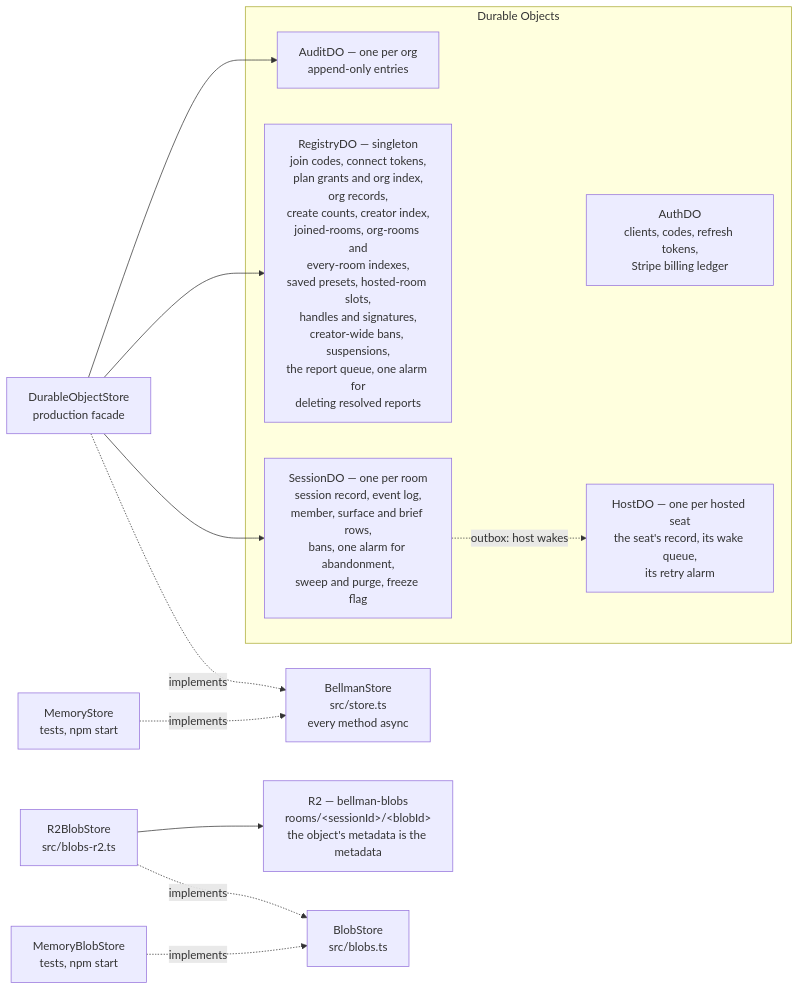
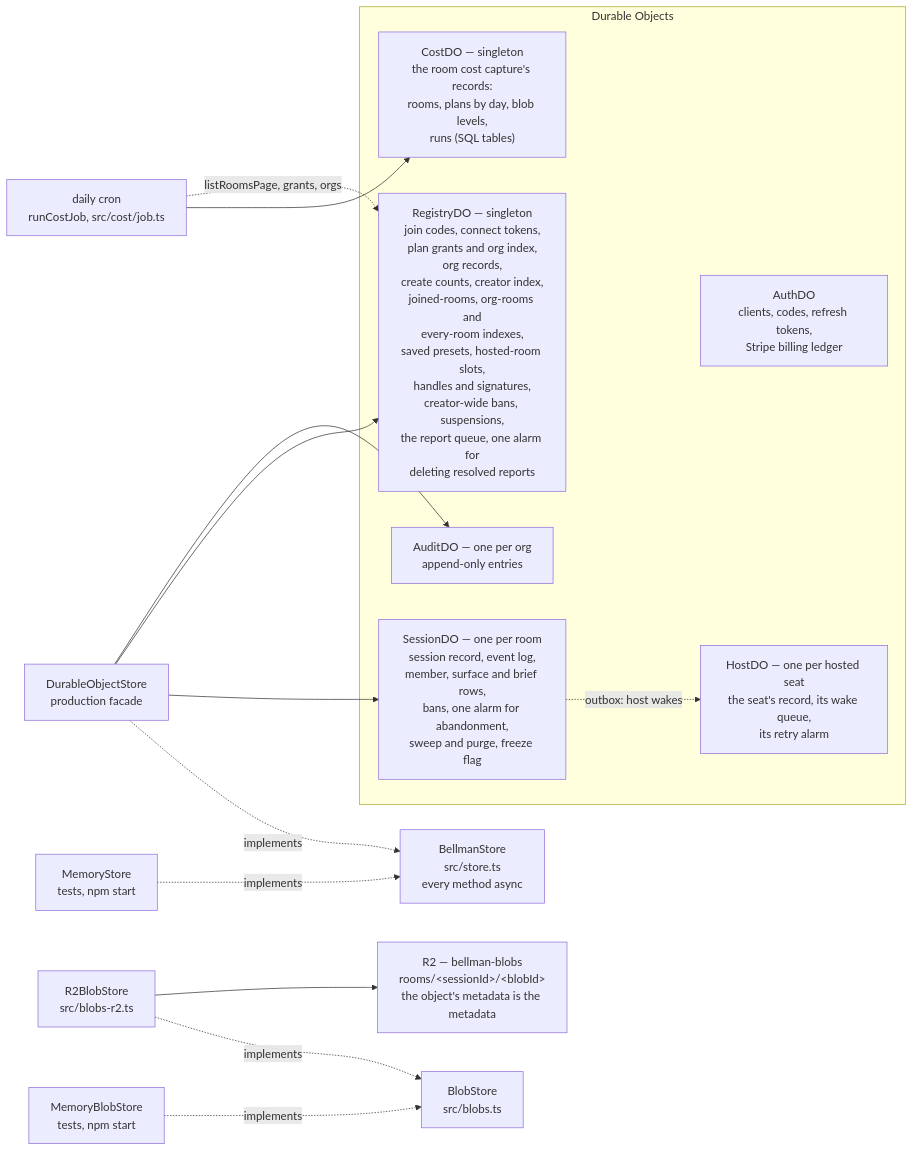
Before and after one commit to bellman-sh/bellman: the fourth of 7 diagrams in docs/ARCHITECTURE.md, drawn with Mermaid. The commit also changed other lines of this file and 24 other files, not shown here.

Commit message:
Room cost capture, step 2a (#473): a daily cron records each room's object ids, each creator's plan raw through planOf, each org's seats and standing, and blob bytes per room into a new CostDO; it wakes no room, and each half fails alone

````diff
--- a/docs/ARCHITECTURE.md
+++ b/docs/ARCHITECTURE.md
@@ -603,26 +603,30 @@
 ```mermaid
 flowchart LR
     BS["BellmanStore<br/>src/store.ts<br/>every method async"]
     MEM["MemoryStore<br/>tests, npm start"] -.implements.-> BS
     DOS["DurableObjectStore<br/>production facade"] -.implements.-> BS
 
     DOS --> SDO
     DOS --> RDO
     DOS --> ADO
 
     subgraph objects["Durable Objects"]
         SDO["SessionDO — one per room<br/>session record, event log,<br/>member, surface and brief rows,<br/>bans, one alarm for abandonment,<br/>sweep and purge, freeze flag"]
         RDO["RegistryDO — singleton<br/>join codes, connect tokens,<br/>plan grants and org index,<br/>org records,<br/>create counts, creator index,<br/>joined-rooms, org-rooms and<br/>every-room indexes,<br/>saved presets, hosted-room slots,<br/>handles and signatures,<br/>creator-wide bans, suspensions,<br/>the report queue, one alarm for<br/>deleting resolved reports"]
         ADO["AuditDO — one per org<br/>append-only entries"]
         AUTH["AuthDO<br/>clients, codes, refresh tokens,<br/>Stripe billing ledger"]
         HDO["HostDO — one per hosted seat<br/>the seat's record, its wake queue,<br/>its retry alarm"]
+        CDO["CostDO — singleton<br/>the room cost capture's records:<br/>rooms, plans by day, blob levels,<br/>runs (SQL tables)"]
     end
+
+    CRON["daily cron<br/>runCostJob, src/cost/job.ts"] --> CDO
+    CRON -.->|"listRoomsPage, grants, orgs"| RDO
 
     SDO -.->|"outbox: host wakes"| HDO
 
     BLOB["BlobStore<br/>src/blobs.ts"]
     R2["R2 — bellman-blobs<br/>rooms/&lt;sessionId&gt;/&lt;blobId&gt;<br/>the object's metadata is the metadata"]
     MEMB["MemoryBlobStore<br/>tests, npm start"] -.implements.-> BLOB
     R2S["R2BlobStore<br/>src/blobs-r2.ts"] -.implements.-> BLOB
     R2S --> R2
 ```
````
